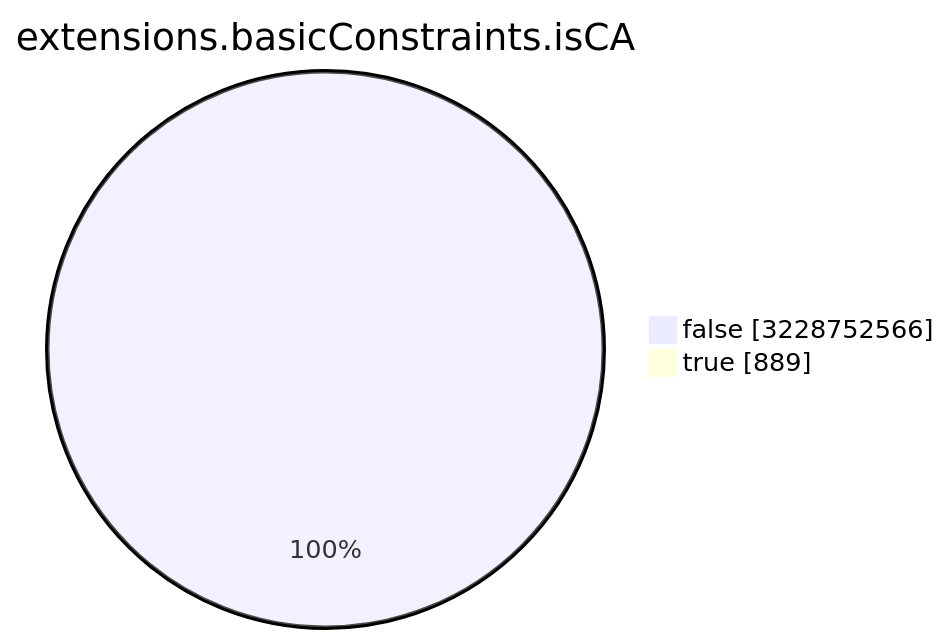
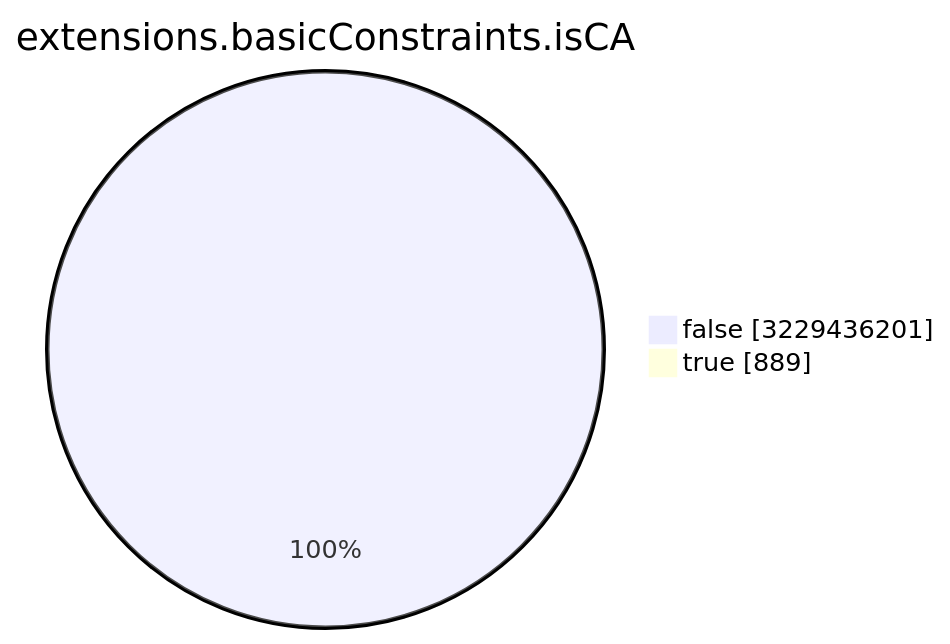
Before and after one commit to christiankrug/ctmonitor_visualization: the seventh of 15 diagrams in TOTAL/README.md, drawn with Mermaid. The commit also changed other lines of this file, not shown here.

````diff
--- a/TOTAL/README.md
+++ b/TOTAL/README.md
@@ -3088,6 +3088,6 @@
 ```mermaid
 pie showData
 title extensions.basicConstraints.isCA
-"false" :3228752566
+"false" :3229436201
 "true" :889
 ```
````
